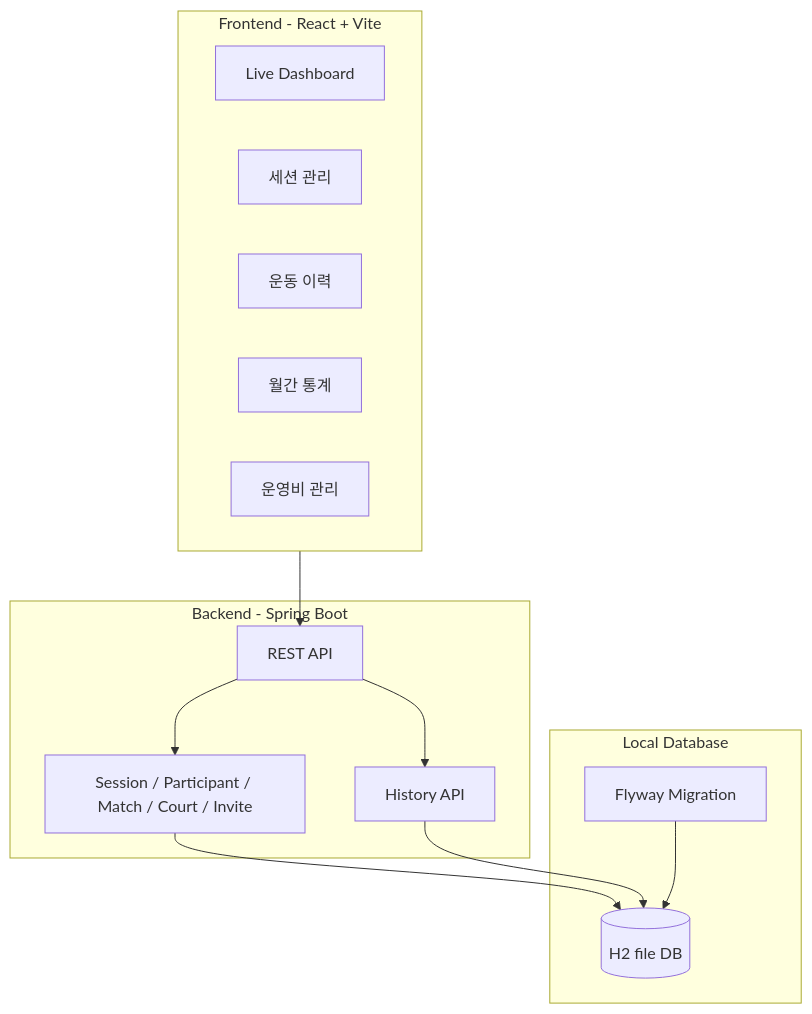
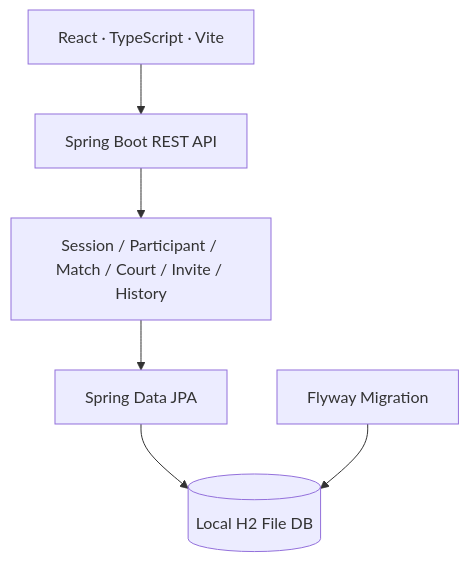
The second of 2 diagrams in README.md (Leeeyounghwan/PlayCock), drawn with Mermaid before and after one commit. The commit also changed other lines of this file, not shown here.

Commit message:
docs: refine README for portfolio with architecture and verification

````diff
--- a/README.md
+++ b/README.md
@@ -25,28 +37,8 @@
 ```mermaid
 flowchart TB
-    subgraph Frontend[Frontend - React + Vite]
-        L[Live Dashboard]
-        S[세션 관리]
-        H[운동 이력]
-        A[월간 통계]
-        F[운영비 관리]
-    end
-
-    subgraph Backend[Backend - Spring Boot]
-        API[REST API]
-        Domain[Session / Participant / Match / Court / Invite]
-        History[History API]
-    end
-
-    subgraph Database[Local Database]
-        H2[(H2 file DB)]
-        Flyway[Flyway Migration]
-    end
-
-    Frontend --> API
-    API --> Domain
-    API --> History
-    Domain --> H2
-    History --> H2
-    Flyway --> H2
+ Browser[React · TypeScript · Vite] --> API[Spring Boot REST API]
+ API --> Domain[Session / Participant / Match / Court / Invite / History]
+ Domain --> JPA[Spring Data JPA]
+ JPA --> H2[(Local H2 File DB)]
+ Flyway[Flyway Migration] --> H2
 ```
````
